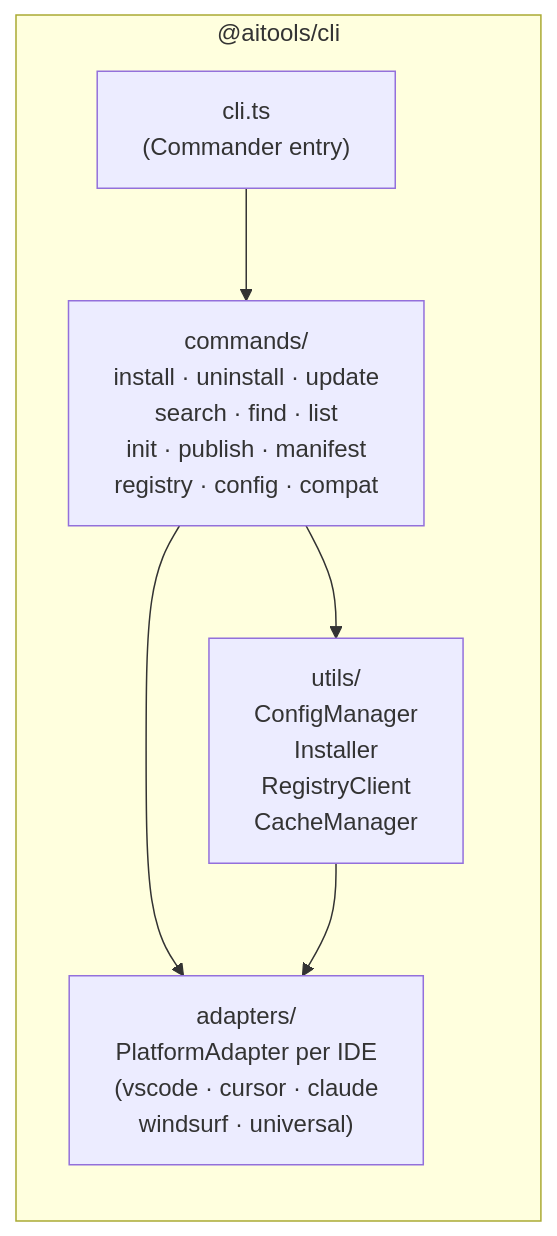
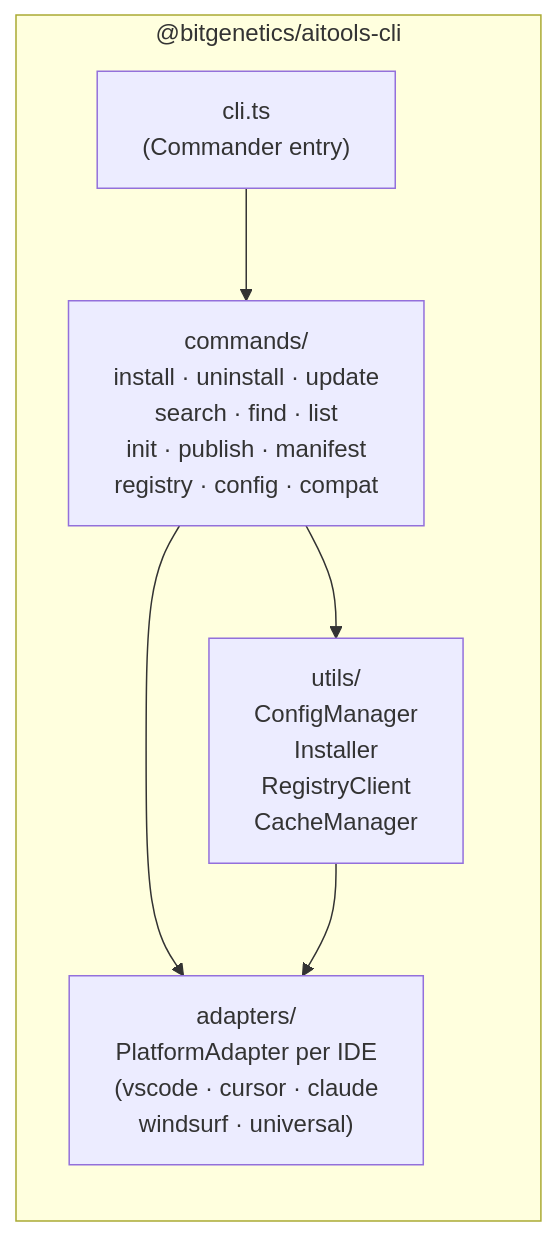
One commit to bitgenetics/aitools changed the fourth of 7 diagrams in docs/design/architecture.md. Above: the diagram before and after it, drawn with Mermaid. The commit also changed other lines of this file and 159 other files, not shown here.

````diff
--- a/docs/design/architecture.md
+++ b/docs/design/architecture.md
@@ -104,14 +104,14 @@
 ```mermaid
 graph LR
-    subgraph cli["@aitools/cli"]
+    subgraph cli["@bitgenetics/aitools-cli"]
         entry["cli.ts<br/>(Commander entry)"]
         commands["commands/<br/>install · uninstall · update<br/>search · find · list<br/>init · publish · manifest<br/>registry · config · compat"]
         adapters["adapters/<br/>PlatformAdapter per IDE<br/>(vscode · cursor · claude<br/>windsurf · universal)"]
         utils["utils/<br/>ConfigManager<br/>Installer<br/>RegistryClient<br/>CacheManager"]
     end
 
     entry --> commands
     commands --> utils
     commands --> adapters
     utils --> adapters
 ```
````
